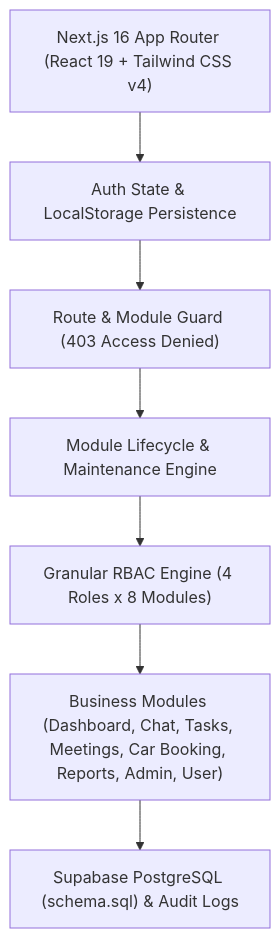
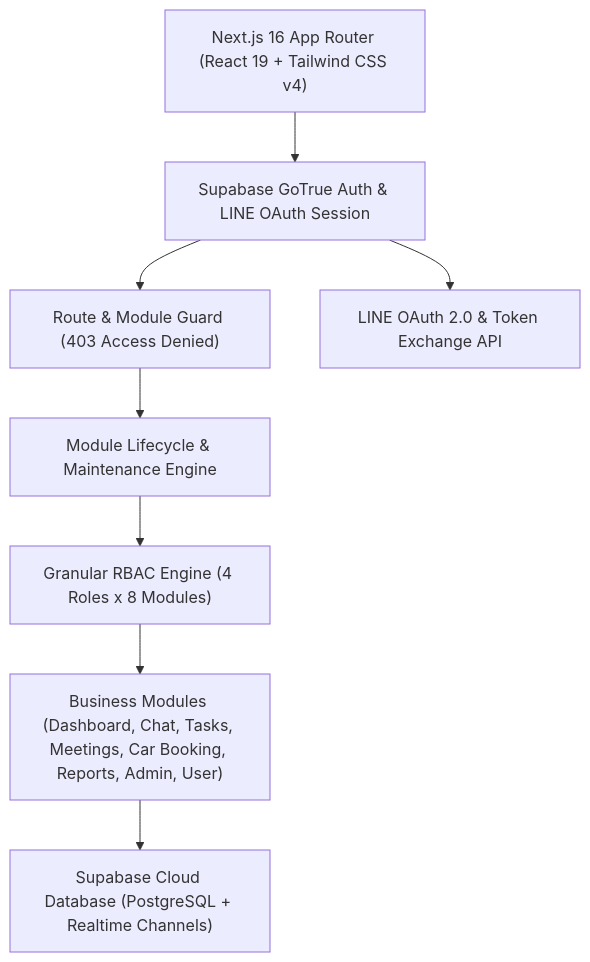
Before and after one commit to guitardev/virtual-office: the diagram in README.md, drawn with Mermaid. The commit also changed other lines of this file, not shown here.

````diff
--- a/README.md
+++ b/README.md
@@ -30,9 +47,10 @@
 ```mermaid
 graph TD
-    UI["Next.js 16 App Router (React 19 + Tailwind CSS v4)"] --> AuthContext["Auth State & LocalStorage Persistence"]
+    UI["Next.js 16 App Router (React 19 + Tailwind CSS v4)"] --> AuthContext["Supabase GoTrue Auth & LINE OAuth Session"]
     AuthContext --> RouteGuard["Route & Module Guard (403 Access Denied)"]
     RouteGuard --> MaintenanceEngine["Module Lifecycle & Maintenance Engine"]
     MaintenanceEngine --> RBAC["Granular RBAC Engine (4 Roles x 8 Modules)"]
     RBAC --> BusinessModules["Business Modules (Dashboard, Chat, Tasks, Meetings, Car Booking, Reports, Admin, User)"]
-    BusinessModules --> Supabase["Supabase PostgreSQL (schema.sql) & Audit Logs"]
+    BusinessModules --> Supabase["Supabase Cloud Database (PostgreSQL + Realtime Channels)"]
+    AuthContext --> LineAPI["LINE OAuth 2.0 & Token Exchange API"]
 ```
````
